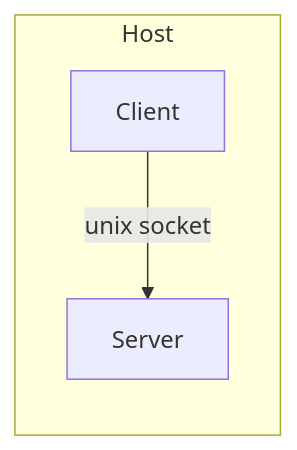
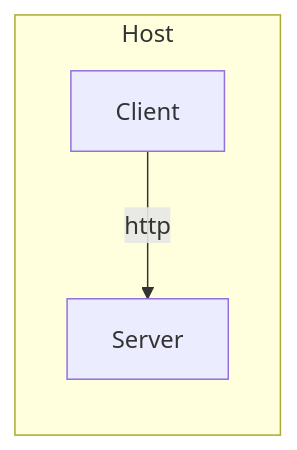
Before and after one commit to pdcalado/waste: the first of 2 diagrams in README.md, drawn with Mermaid. The commit also changed other lines of this file and 8 other files, not shown here.

````diff
--- a/README.md
+++ b/README.md
@@ -45,10 +41,10 @@
 ```mermaid
 flowchart LR
 
  subgraph Host
     S[Server]
     C[Client]
  end
 
- C -->|unix socket| S
+ C -->|http| S
 ```
````
